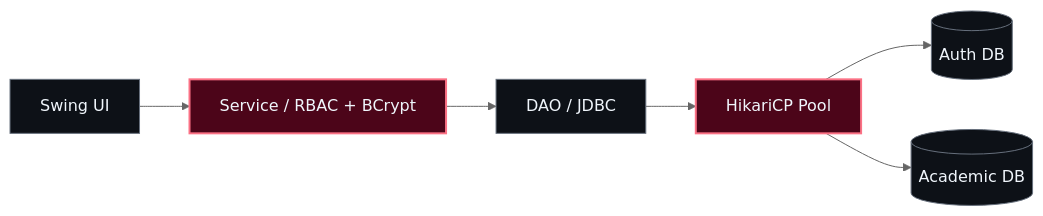
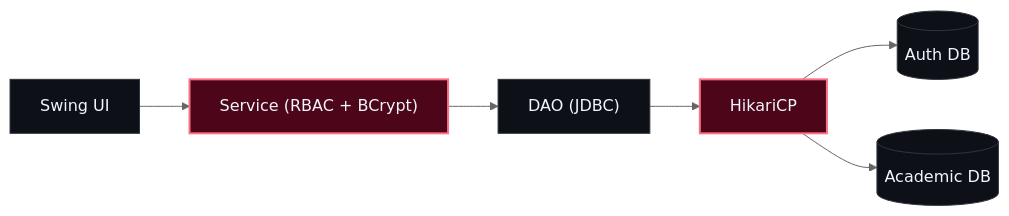
One commit to harsh24239/harsh24239 changed the second of 2 diagrams in README.md. Above: the diagram before and after it, drawn with Mermaid (neutral theme). The commit also changed other lines of this file, not shown here.

````diff
--- a/README.md
+++ b/README.md
@@ -206,12 +154,10 @@
 ```mermaid
 flowchart LR
-    UI["Swing UI"] --> SERVICE["Service / RBAC + BCrypt"]
-    SERVICE --> DAO["DAO / JDBC"]
-    DAO --> POOL["HikariCP Pool"]
+    UI["Swing UI"] --> SERVICE["Service (RBAC + BCrypt)"] --> DAO["DAO (JDBC)"] --> POOL["HikariCP"]
     POOL --> AUTH[("Auth DB")]
     POOL --> ERP[("Academic DB")]
     classDef ruby fill:#4C0519,stroke:#FB7185,color:#F0F6FC,stroke-width:2px;
-    classDef graphite fill:#0D1117,stroke:#67707D,color:#F0F6FC;
+    classDef graphite fill:#0D1117,stroke:#30363D,color:#F0F6FC;
     class SERVICE,POOL ruby;
     class UI,DAO,AUTH,ERP graphite;
 ```
````
